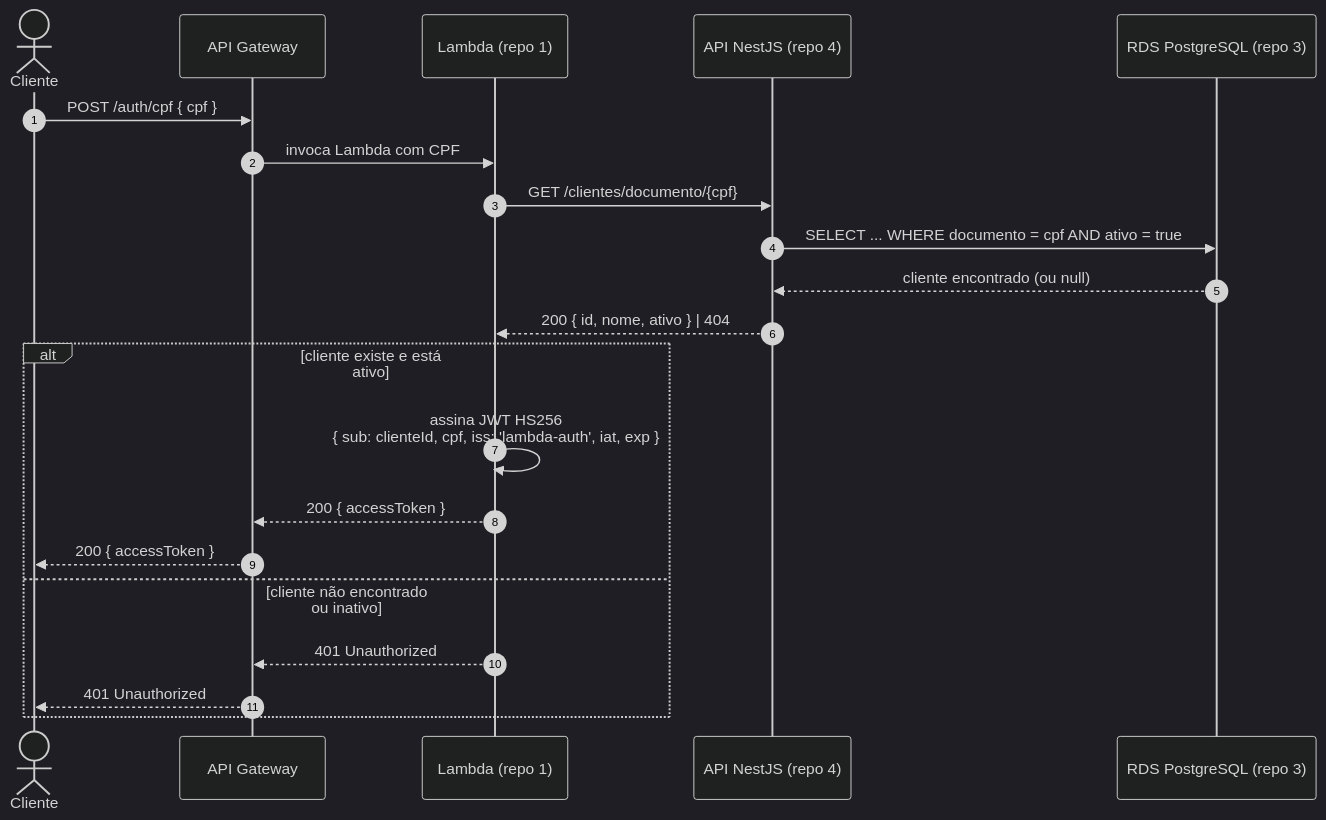
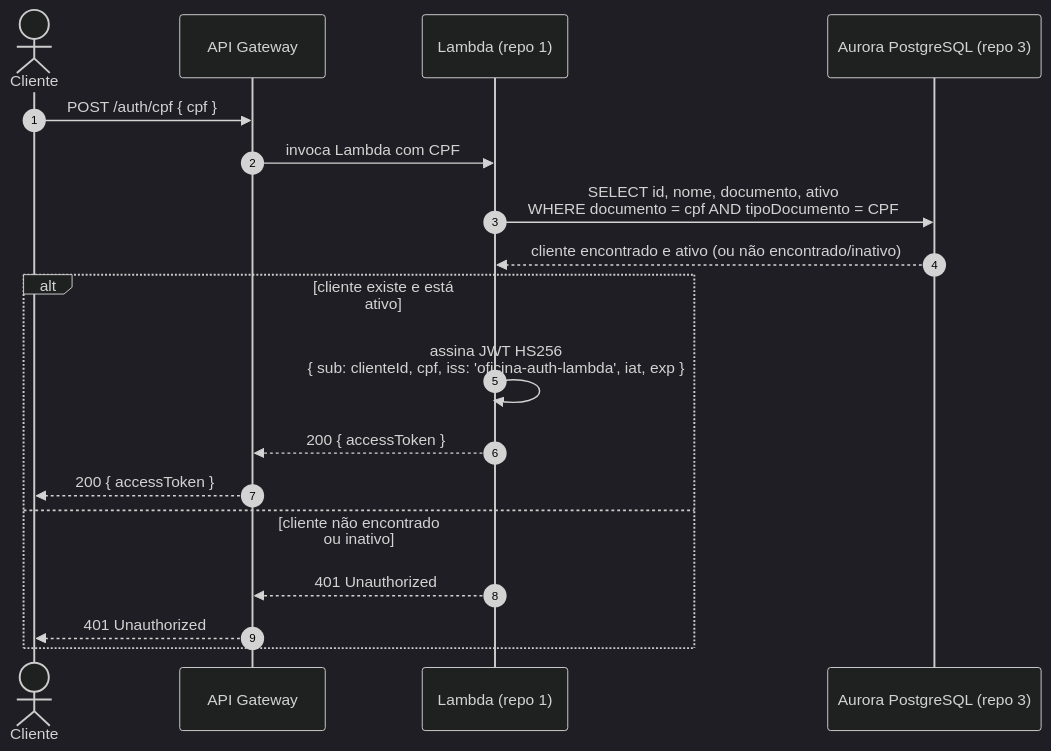
One commit to FernandoGreco/techChallengePosTech-Aplication changed the first of 3 diagrams in docs/architecture/sequencia-auth-os.md. Above: the diagram before and after it, drawn with Mermaid (dark theme). The commit also changed other lines of this file and 38 other files, not shown here.

````diff
--- a/docs/architecture/sequencia-auth-os.md
+++ b/docs/architecture/sequencia-auth-os.md
@@ -7,25 +7,22 @@
 ```mermaid
 sequenceDiagram
     autonumber
     actor Cliente
     participant GW as API Gateway
     participant L as Lambda (repo 1)
-    participant API as API NestJS (repo 4)
-    participant DB as RDS PostgreSQL (repo 3)
+    participant DB as Aurora PostgreSQL (repo 3)
 
     Cliente->>GW: POST /auth/cpf { cpf }
     GW->>L: invoca Lambda com CPF
-    L->>API: GET /clientes/documento/{cpf}
-    API->>DB: SELECT ... WHERE documento = cpf AND ativo = true
-    DB-->>API: cliente encontrado (ou null)
-    API-->>L: 200 { id, nome, ativo } | 404
+    L->>DB: SELECT id, nome, documento, ativo<br/>WHERE documento = cpf AND tipoDocumento = CPF
+    DB-->>L: cliente encontrado e ativo (ou não encontrado/inativo)
 
     alt cliente existe e está ativo
-        L->>L: assina JWT HS256<br/>{ sub: clienteId, cpf, iss: 'lambda-auth', iat, exp }
+        L->>L: assina JWT HS256<br/>{ sub: clienteId, cpf, iss: 'oficina-auth-lambda', iat, exp }
         L-->>GW: 200 { accessToken }
         GW-->>Cliente: 200 { accessToken }
     else cliente não encontrado ou inativo
         L-->>GW: 401 Unauthorized
         GW-->>Cliente: 401 Unauthorized
     end
 ```
````
